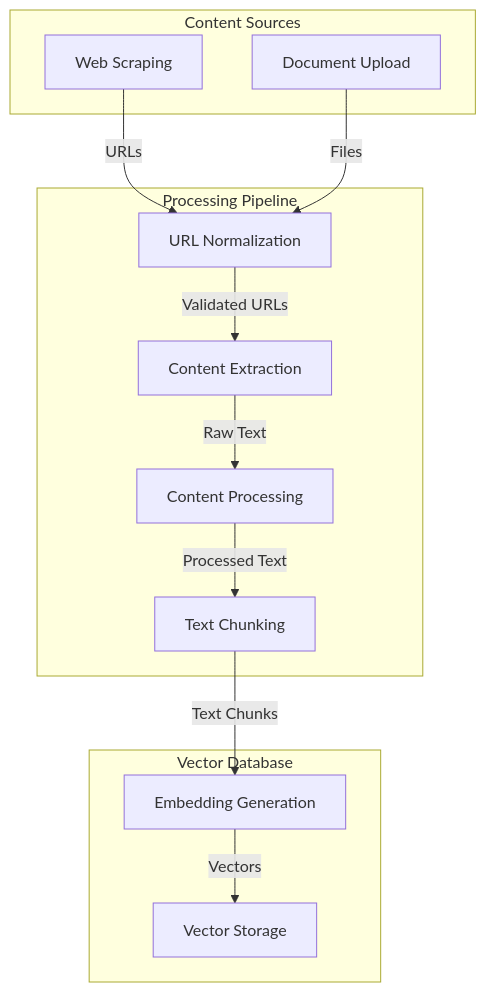
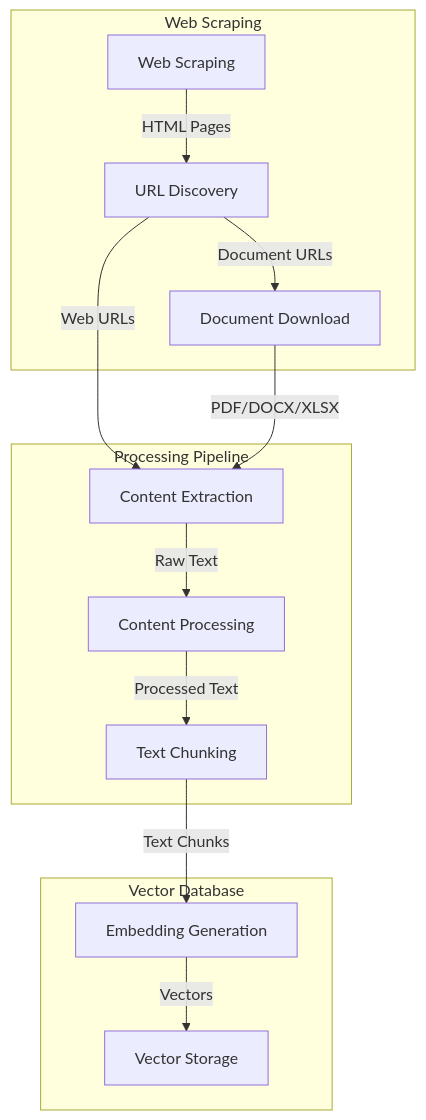
Before and after one commit to vinayk94/iso_assist: the second of 3 diagrams in README.md, drawn with Mermaid. The commit also changed other lines of this file, not shown here.

````diff
--- a/README.md
+++ b/README.md
@@ -119,27 +119,28 @@
 ```mermaid
 graph TD
-    A[Web Scraping] -->|URLs| B[URL Normalization]
-    Z[Document Upload] -->|Files| B
-    B -->|Validated URLs| C[Content Extraction]
-    C -->|Raw Text| D[Content Processing]
-    D -->|Processed Text| E[Text Chunking]
-    E -->|Text Chunks| F[Embedding Generation]
-    F -->|Vectors| G[Vector Storage]
+    A[Web Scraping] -->|HTML Pages| B[URL Discovery]
+    B -->|Document URLs| C[Document Download]
+    B -->|Web URLs| D[Content Extraction]
+    C -->|PDF/DOCX/XLSX| D
+    D -->|Raw Text| E[Content Processing]
+    E -->|Processed Text| F[Text Chunking]
+    F -->|Text Chunks| G[Embedding Generation]
+    G -->|Vectors| H[Vector Storage]
     
-    subgraph "Content Sources"
+    subgraph "Web Scraping"
         A
-        Z
+        B
+        C
     end
     
     subgraph "Processing Pipeline"
-        B
-        C
         D
         E
+        F
     end
     
     subgraph "Vector Database"
-        F
         G
+        H
     end
 ```
````
